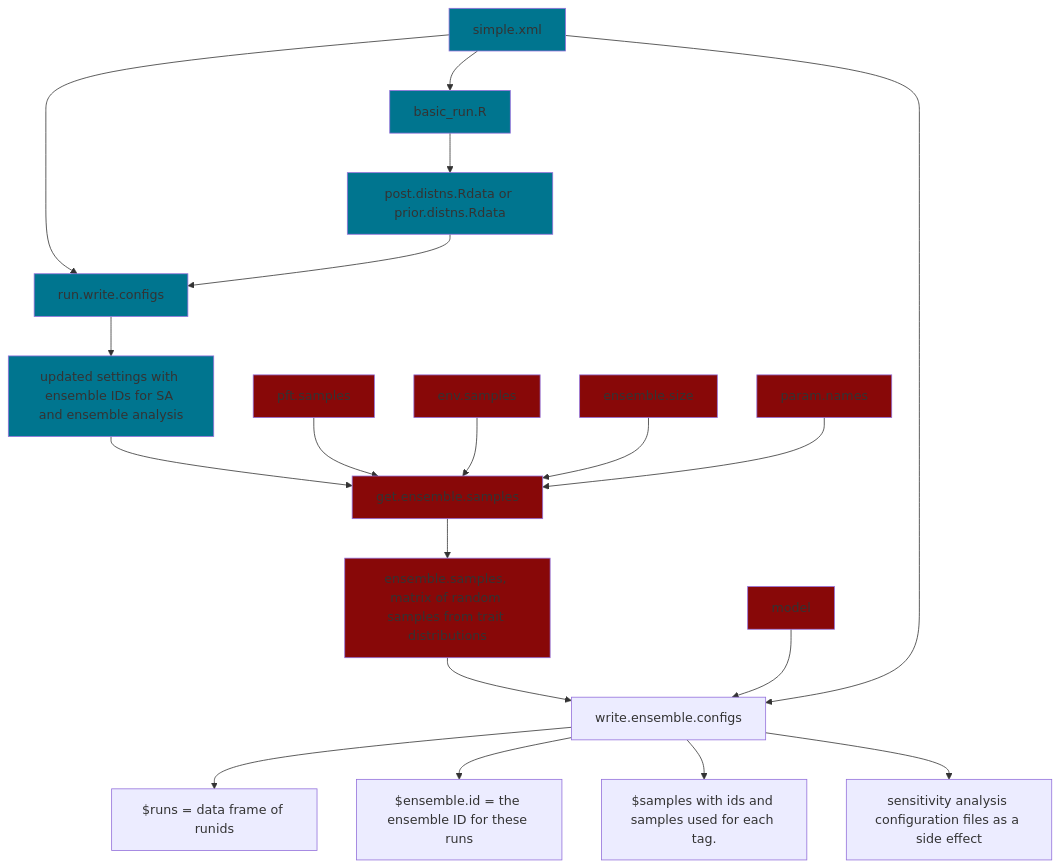
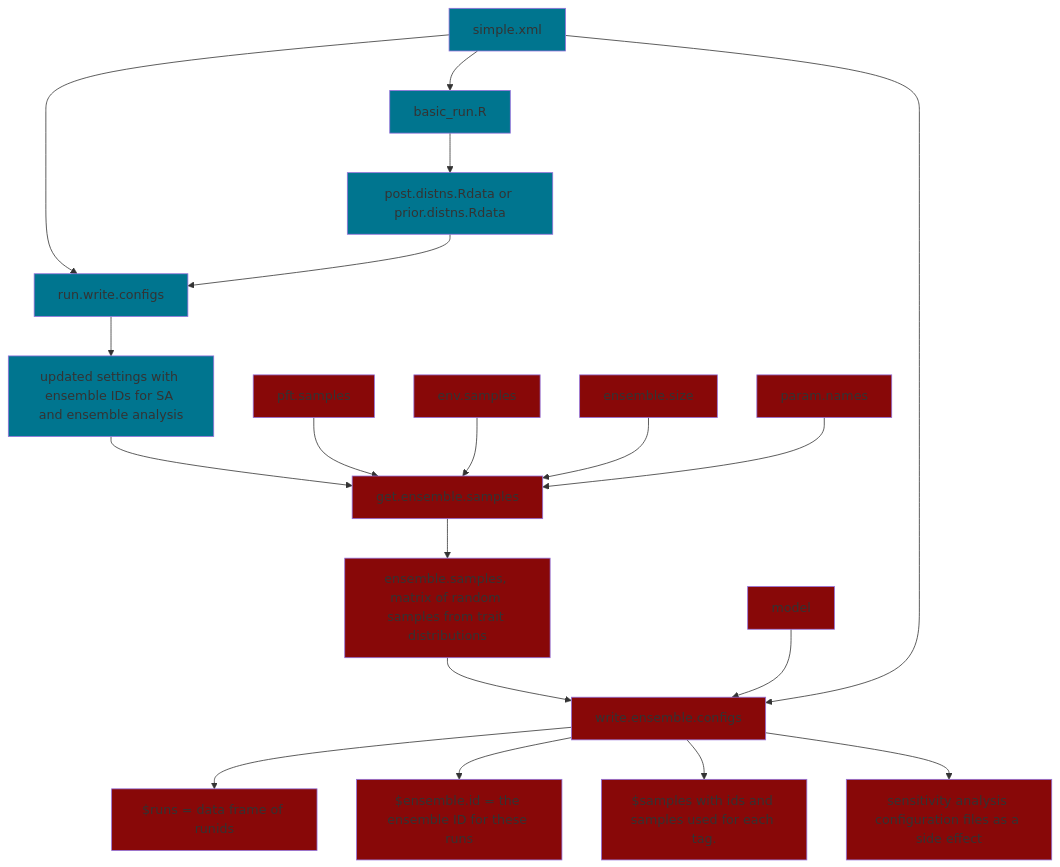
Before and after one commit to ecamo19/gsoc_project_2022_vm: the diagram in README.md, drawn with Mermaid.

````diff
--- a/README.md
+++ b/README.md
@@ -49,40 +49,45 @@
 ```mermaid
   graph TD;
       simple.xml-->run.write.configs;
       simple.xml-->basic_run.R;
       basic_run.R-->posterior.files[post.distns.Rdata or prior.distns.Rdata];
       posterior.files[post.distns.Rdata or prior.distns.Rdata]-->run.write.configs;
       run.write.configs-->output_1[updated settings with ensemble IDs for SA and ensemble analysis ];
       output_1[updated settings with ensemble IDs for SA and ensemble analysis]-->get.ensemble.samples;
       input_get_ensemble_1[pft.samples]-->get.ensemble.samples;
       input_get_ensemble_2[env.samples]-->get.ensemble.samples;
       input_get_ensemble_3[ensemble.size]-->get.ensemble.samples;
       input_get_ensemble_4[param.names]-->get.ensemble.samples;
       get.ensemble.samples--> output_get_ensemble[ensemble.samples, matrix of random samples from trait distributions];
       output_get_ensemble[ensemble.samples, matrix of random samples from trait distributions]-->write.ensemble.configs;
       model-->write.ensemble.configs;
       simple.xml-->write.ensemble.configs;
       write.ensemble.configs-->output_write_ensemble_1[$runs = data frame of runids];
       write.ensemble.configs-->output_write_ensemble_2[$ensemble.id = the ensemble ID for these runs];
       write.ensemble.configs-->output_write_ensemble_3[$samples with ids and samples used for each tag.];
       write.ensemble.configs-->output_write_ensemble_4[sensitivity analysis configuration files as a side effect];
       
       
      
       style basic_run.R fill:#00758f
       style output_1 fill:#00758f
       style run.write.configs fill:#00758f
       style simple.xml fill:#00758f
       style posterior.files fill:#00758f
       
       
   
       style input_get_ensemble_1 fill:#880808
       style input_get_ensemble_2 fill:#880808
       style input_get_ensemble_3 fill:#880808
       style input_get_ensemble_4 fill:#880808
       style get.ensemble.samples fill:#880808
       style output_get_ensemble  fill:#880808 
       style model fill:#880808 
+      style write.ensemble.configs fill:#880808
+      style output_write_ensemble_1 fill:#880808
+      style output_write_ensemble_2 fill:#880808
+      style output_write_ensemble_3 fill:#880808
+      style output_write_ensemble_4 fill:#880808
       
 ```
````
